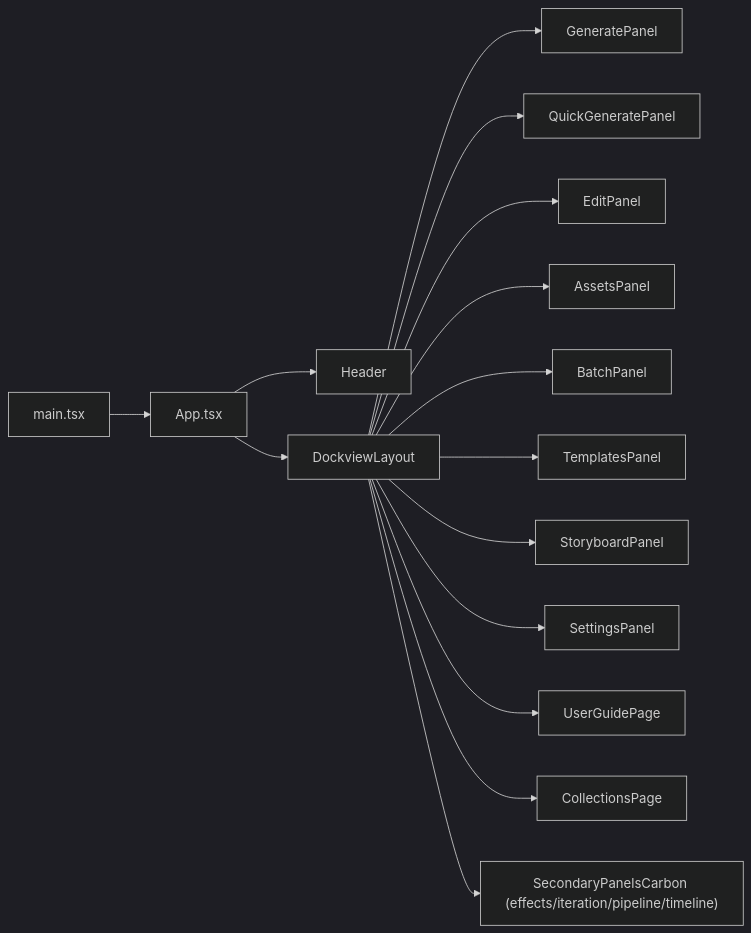
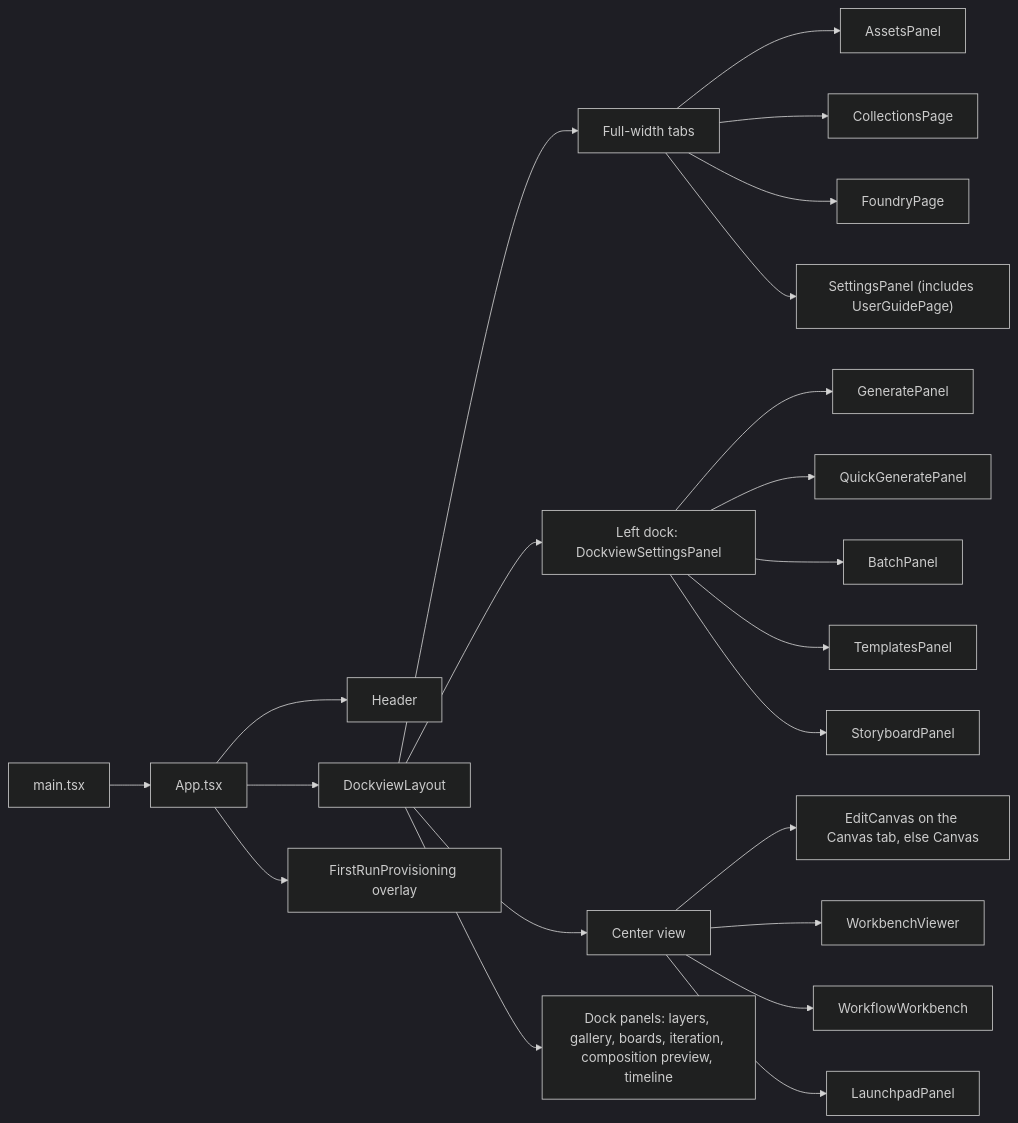
Before and after one commit to Git-Rocky-Stack/vision-studio: the second of 9 diagrams in docs/ARCHITECTURE.md, drawn with Mermaid (dark theme). The commit also changed other lines of this file and 9 other files, not shown here.

````diff
--- a/docs/ARCHITECTURE.md
+++ b/docs/ARCHITECTURE.md
@@ -218,17 +237,24 @@
 ```mermaid
 flowchart LR
     boot["main.tsx"] --> app["App.tsx"]
     app --> header["Header"]
     app --> dock["DockviewLayout"]
-    dock --> generate["GeneratePanel"]
-    dock --> quick["QuickGeneratePanel"]
-    dock --> edit["EditPanel"]
-    dock --> assets["AssetsPanel"]
-    dock --> batch["BatchPanel"]
-    dock --> templates["TemplatesPanel"]
-    dock --> story["StoryboardPanel"]
-    dock --> settings["SettingsPanel"]
-    dock --> guide["UserGuidePage"]
-    dock --> coll["CollectionsPage"]
-    dock --> sec["SecondaryPanelsCarbon (effects/iteration/pipeline/timeline)"]
+    app --> frp["FirstRunProvisioning overlay"]
+    dock --> full["Full-width tabs"]
+    full --> assets["AssetsPanel"]
+    full --> coll["CollectionsPage"]
+    full --> foundry["FoundryPage"]
+    full --> settings["SettingsPanel (includes UserGuidePage)"]
+    dock --> left["Left dock: DockviewSettingsPanel"]
+    left --> generate["GeneratePanel"]
+    left --> quick["QuickGeneratePanel"]
+    left --> batch["BatchPanel"]
+    left --> templates["TemplatesPanel"]
+    left --> story["StoryboardPanel"]
+    dock --> center["Center view"]
+    center --> canvas["EditCanvas on the Canvas tab, else Canvas"]
+    center --> viewer["WorkbenchViewer"]
+    center --> wf["WorkflowWorkbench"]
+    center --> launch["LaunchpadPanel"]
+    dock --> panels["Dock panels: layers, gallery, boards, iteration, composition preview, timeline"]
 ```
````
